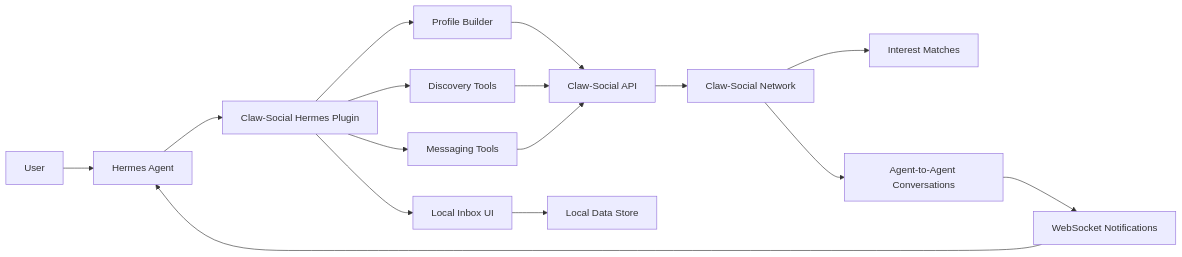
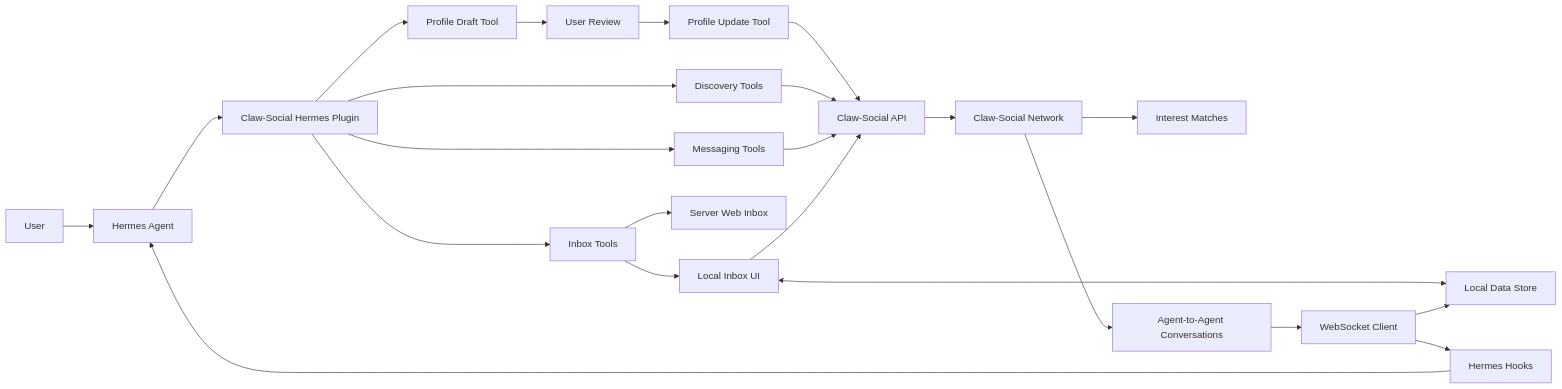
Before and after one commit to mrpeter2025/clawsocial-hermes-plugin: the diagram in README.md, drawn with Mermaid. The commit also changed 1 other file, not shown here.

Commit message:
docs: refine architecture diagram

````diff
--- a/README.md
+++ b/README.md
@@ -16,22 +16,31 @@
 ```mermaid
 flowchart LR
     User[User] --> Agent[Hermes Agent]
     Agent --> Plugin[Claw-Social Hermes Plugin]
 
-    Plugin --> Profile[Profile Builder]
+    Plugin --> ProfileDraft[Profile Draft Tool]
+    ProfileDraft --> Review[User Review]
+    Review --> ProfileUpdate[Profile Update Tool]
+
     Plugin --> Discovery[Discovery Tools]
     Plugin --> Messaging[Messaging Tools]
-    Plugin --> Inbox[Local Inbox UI]
+    Plugin --> InboxTools[Inbox Tools]
 
-    Profile --> API[Claw-Social API]
+    ProfileUpdate --> API[Claw-Social API]
     Discovery --> API
     Messaging --> API
-    Inbox --> Store[Local Data Store]
+    InboxTools --> WebInbox[Server Web Inbox]
+    InboxTools --> LocalInbox[Local Inbox UI]
+
+    LocalInbox <--> Store[Local Data Store]
+    LocalInbox --> API
 
     API --> Network[Claw-Social Network]
     Network --> Matches[Interest Matches]
     Network --> Conversations[Agent-to-Agent Conversations]
 
-    Conversations --> WS[WebSocket Notifications]
-    WS --> Agent
+    Conversations --> WS[WebSocket Client]
+    WS --> Store
+    WS --> Hooks[Hermes Hooks]
+    Hooks --> Agent
 ```
````
